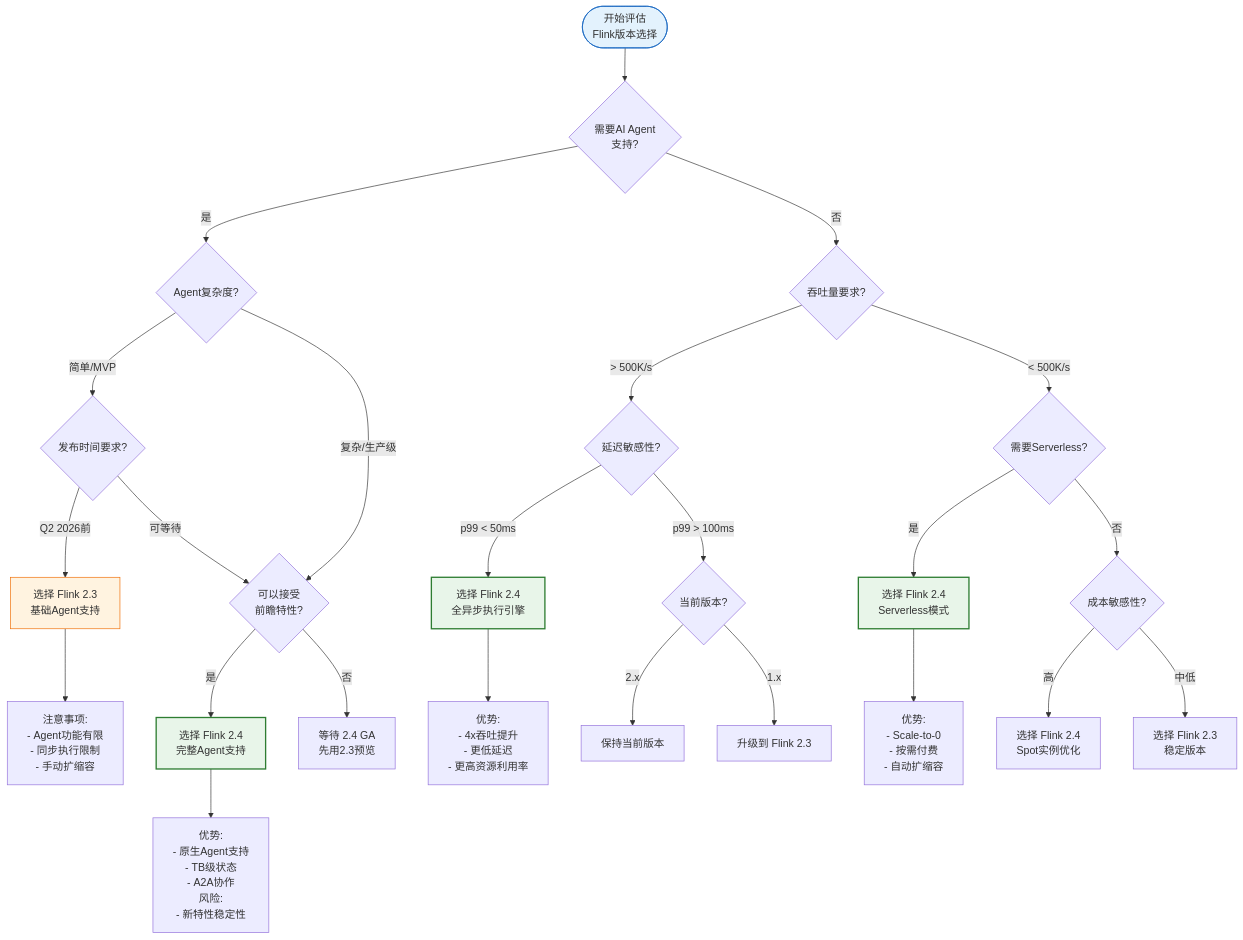
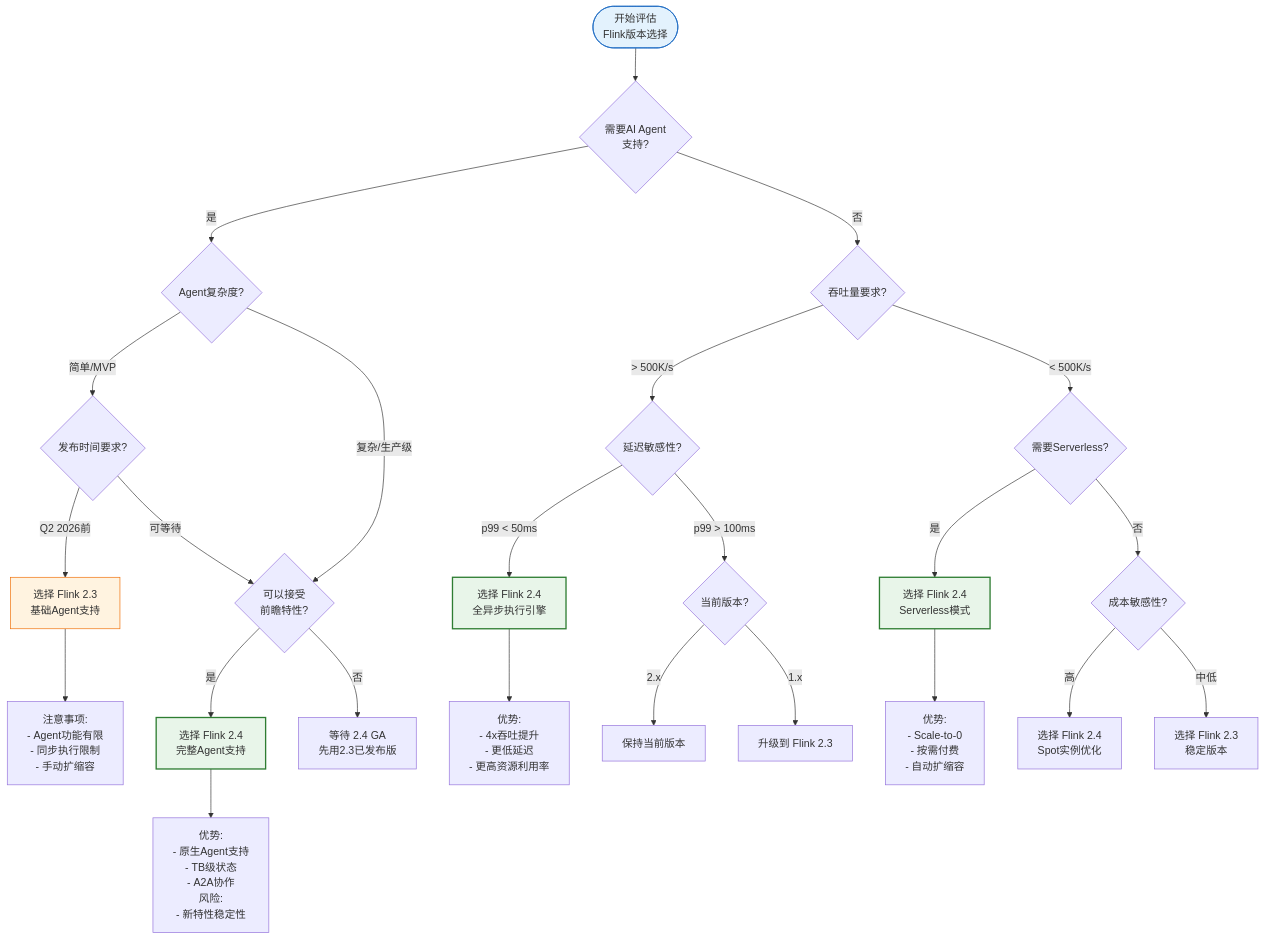
The fourth of 5 diagrams in Flink/07-roadmap/flink-24-formal-prospects.md (AdaMartin18010/AnalysisDataFlow), drawn with Mermaid before and after one commit. The commit also changed other lines of this file and 217 other files, not shown here.

````diff
--- a/Flink/07-roadmap/flink-24-formal-prospects.md
+++ b/Flink/07-roadmap/flink-24-formal-prospects.md
@@ -1496,42 +1496,42 @@
 ```mermaid
 flowchart TD
     Start([开始评估<br/>Flink版本选择]) --> Q1{需要AI Agent<br/>支持?}
 
     Q1 -->|是| Q2{Agent复杂度?}
     Q1 -->|否| Q3{吞吐量要求?}
 
     Q2 -->|简单/MVP| Q4{发布时间要求?}
     Q2 -->|复杂/生产级| Q5{可以接受<br/>前瞻特性?}
 
     Q4 -->|Q2 2026前| Use23[选择 Flink 2.3<br/>基础Agent支持]
     Q4 -->|可等待| Q5
 
     Q5 -->|是| Use24Agent[选择 Flink 2.4<br/>完整Agent支持]
-    Q5 -->|否| Use23Wait[等待 2.4 GA<br/>先用2.3预览]
+    Q5 -->|否| Use23Wait[等待 2.4 GA<br/>先用2.3已发布版]
 
     Q3 -->|> 500K/s| Q6{延迟敏感性?}
     Q3 -->|< 500K/s| Q7{需要Serverless?}
 
     Q6 -->|p99 < 50ms| Use24Async[选择 Flink 2.4<br/>全异步执行引擎]
     Q6 -->|p99 > 100ms| Q8{当前版本?}
 
     Q8 -->|2.x| KeepCurrent[保持当前版本]
     Q8 -->|1.x| Upgrade23[升级到 Flink 2.3]
 
     Q7 -->|是| Use24Serverless[选择 Flink 2.4<br/>Serverless模式]
     Q7 -->|否| Q9{成本敏感性?}
 
     Q9 -->|高| Use24Cost[选择 Flink 2.4<br/>Spot实例优化]
     Q9 -->|中低| Use23Stable[选择 Flink 2.3<br/>稳定版本]
 
     Use23 --> Considerations23[注意事项:<br/>- Agent功能有限<br/>- 同步执行限制<br/>- 手动扩缩容]
     Use24Agent --> Considerations24Agent[优势:<br/>- 原生Agent支持<br/>- TB级状态<br/>- A2A协作<br/>风险:<br/>- 新特性稳定性]
     Use24Async --> Considerations24Async[优势:<br/>- 4x吞吐提升<br/>- 更低延迟<br/>- 更高资源利用率]
     Use24Serverless --> Considerations24Serverless[优势:<br/>- Scale-to-0<br/>- 按需付费<br/>- 自动扩缩容]
 
     style Start fill:#e3f2fd,stroke:#1565c0
     style Use23 fill:#fff3e0,stroke:#ef6c00
     style Use24Agent fill:#e8f5e9,stroke:#2e7d32,stroke-width:2px
     style Use24Async fill:#e8f5e9,stroke:#2e7d32,stroke-width:2px
     style Use24Serverless fill:#e8f5e9,stroke:#2e7d32,stroke-width:2px
 ```
````
